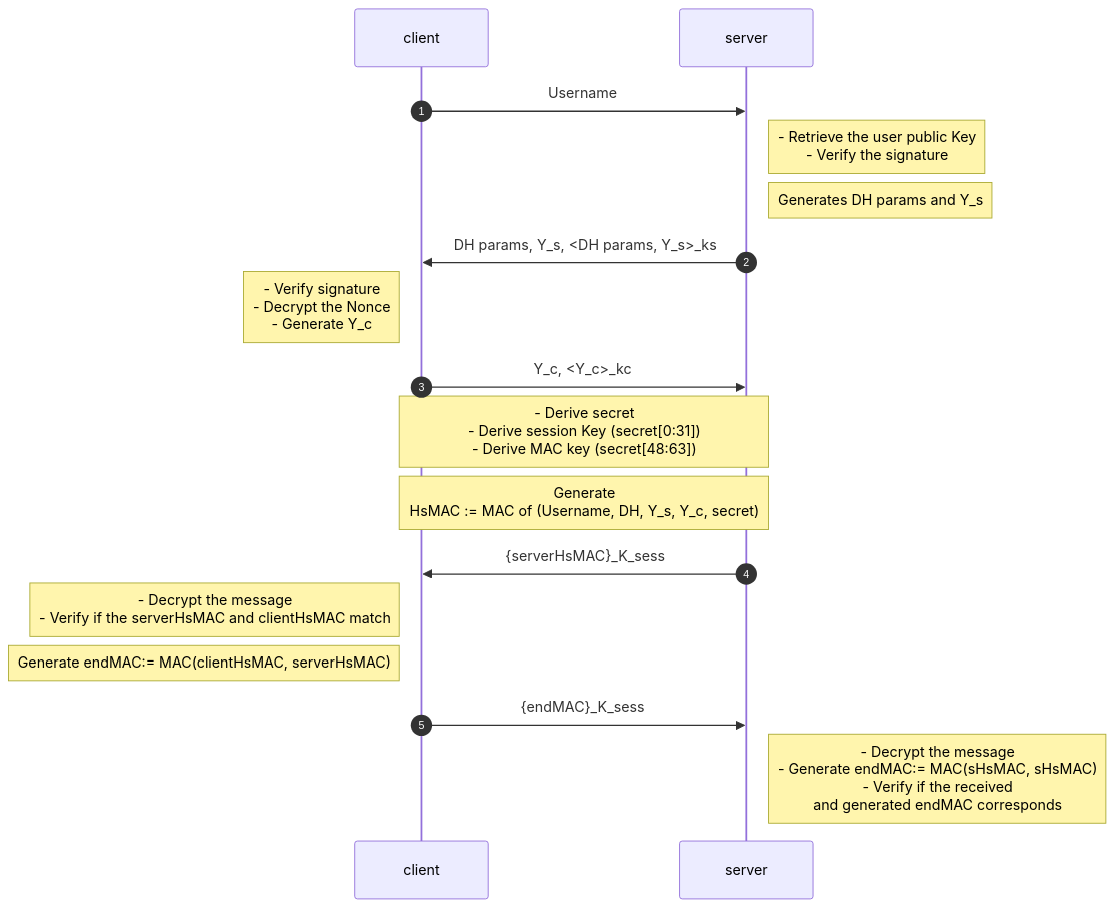
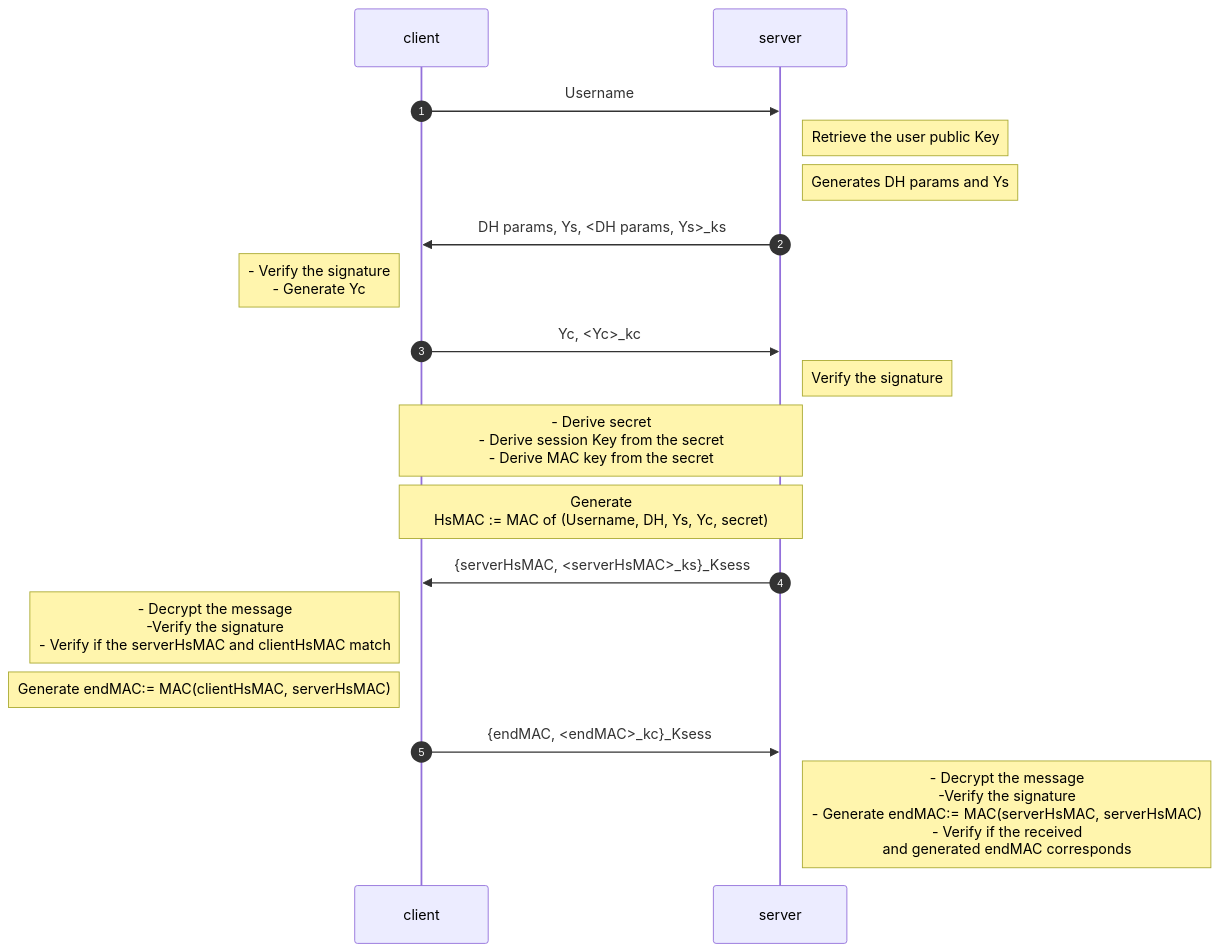
One commit to just-hms/FoC changed the diagram in docs/handshake.md. Above: the diagram before and after it, drawn with Mermaid. The commit also changed 3 other files, not shown here.

````diff
--- a/docs/handshake.md
+++ b/docs/handshake.md
@@ -1,25 +1,28 @@
 ```mermaid
 sequenceDiagram
 autonumber
     participant client
     participant server
     
     client ->> server:        Username
-    Note right of server:     - Retrieve the user public Key <br/> - Verify the signature
-    Note right of server:     Generates DH params and Y_s
-    server ->> client:        DH params, Y_s, <DH params, Y_s>_ks
-    Note left of client:      - Verify signature <br/>- Decrypt the Nonce<br/>- Generate Y_c
-    client ->> server:        Y_c, <Y_c>_kc
+    Note right of server:     Retrieve the user public Key
+    Note right of server:     Generates DH params and Ys
+    server ->> client:        DH params, Ys, <DH params, Ys>_ks
+    Note left of client:      - Verify the signature <br/>- Generate Yc
+    client ->> server:        Yc, <Yc>_kc
+    
+    Note right of server:     Verify the signature
 
-    Note over client,server:  - Derive secret<br/>- Derive session Key (secret[0:31])<br/>- Derive MAC key (secret[48:63])
+    Note over client,server:  - Derive secret<br/>- Derive session Key from the secret<br/>- Derive MAC key from the secret
     
-    Note over client,server: Generate <br/>HsMAC := MAC of (Username, DH, Y_s, Y_c, secret)
+    Note over client,server: Generate <br/>HsMAC := MAC of (Username, DH, Ys, Yc, secret)
 
-    server ->> client:        {serverHsMAC}_K_sess
-    Note left of client:      - Decrypt the message<br/>- Verify if the serverHsMAC and clientHsMAC match
+    server ->> client:        {serverHsMAC, <serverHsMAC>_ks}_Ksess
+    Note left of client:      - Decrypt the message<br/>-Verify the signature<br/>- Verify if the serverHsMAC and clientHsMAC match
 
     Note left of client:      Generate endMAC:= MAC(clientHsMAC, serverHsMAC)
     
-    client ->> server:        {endMAC}_K_sess
-    Note right of server:     - Decrypt the message<br/>- Generate endMAC:= MAC(sHsMAC, sHsMAC)<br/>- Verify if the received <br/>and generated endMAC corresponds
+    client ->> server:        {endMAC, <endMAC>_kc}_Ksess
+    Note right of server:     - Decrypt the message<br/>-Verify the signature<br/>- Generate endMAC:= MAC(serverHsMAC, serverHsMAC)<br/>- Verify if the received <br/>and generated endMAC corresponds
+
 ```
````
